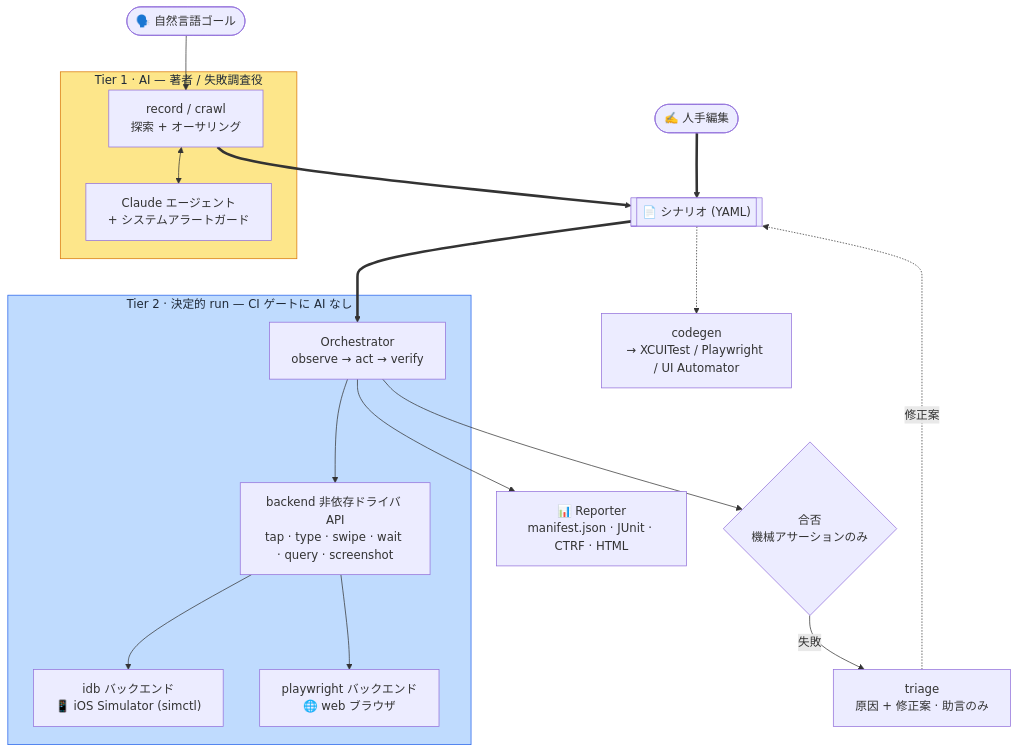
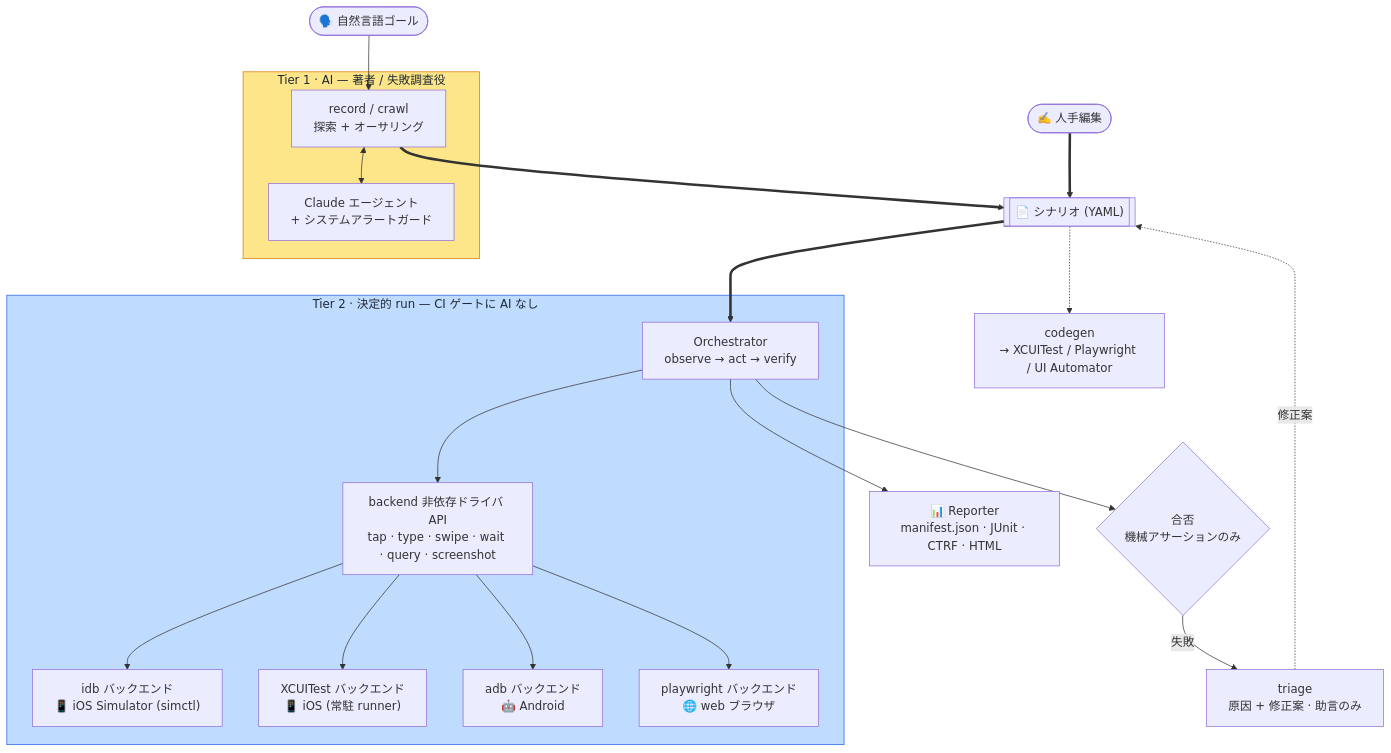
Before and after one commit to bajutsu-e2e/bajutsu: the diagram in docs/ja/architecture.md, drawn with Mermaid. The commit also changed other lines of this file and 2 other files, not shown here.

Commit message:
docs: refresh prose to match shipped behavior

````diff
--- a/docs/ja/architecture.md
+++ b/docs/ja/architecture.md
@@ -18,42 +18,46 @@
 ```mermaid
 flowchart TB
     goal(["🗣️ 自然言語ゴール"])
     hand(["✍️ 人手編集"])
     scenario[["📄 シナリオ (YAML)"]]
 
     subgraph tier1["Tier 1 · AI — 著者 / 失敗調査役"]
         record["record / crawl<br/>探索 + オーサリング"]
         agent["Claude エージェント<br/>+ システムアラートガード"]
         record <--> agent
     end
 
     subgraph tier2["Tier 2 · 決定的 run — CI ゲートに AI なし"]
         orch["Orchestrator<br/>observe → act → verify"]
         driver["backend 非依存ドライバ API<br/>tap · type · swipe · wait · query · screenshot"]
         idb["idb バックエンド<br/>📱 iOS Simulator (simctl)"]
+        xcuitest["XCUITest バックエンド<br/>📱 iOS (常駐 runner)"]
+        adb["adb バックエンド<br/>🤖 Android"]
         pw["playwright バックエンド<br/>🌐 web ブラウザ"]
         orch --> driver
         driver --> idb
+        driver --> xcuitest
+        driver --> adb
         driver --> pw
     end
 
     verdict{"合否<br/>機械アサーションのみ"}
     report["📊 Reporter<br/>manifest.json · JUnit · CTRF · HTML"]
     codegen["codegen<br/>→ XCUITest / Playwright / UI Automator"]
     triage["triage<br/>原因 + 修正案 · 助言のみ"]
 
     goal --> record
     record ==> scenario
     hand ==> scenario
     scenario ==> orch
     scenario -.-> codegen
     orch --> verdict
     orch --> report
     verdict -->|失敗| triage
     triage -.->|修正案| scenario
 
     classDef ai fill:#fde68a,stroke:#d97706,color:#1f2937;
     classDef det fill:#bfdbfe,stroke:#2563eb,color:#1f2937;
     class tier1 ai
     class tier2 det
 ```
````
